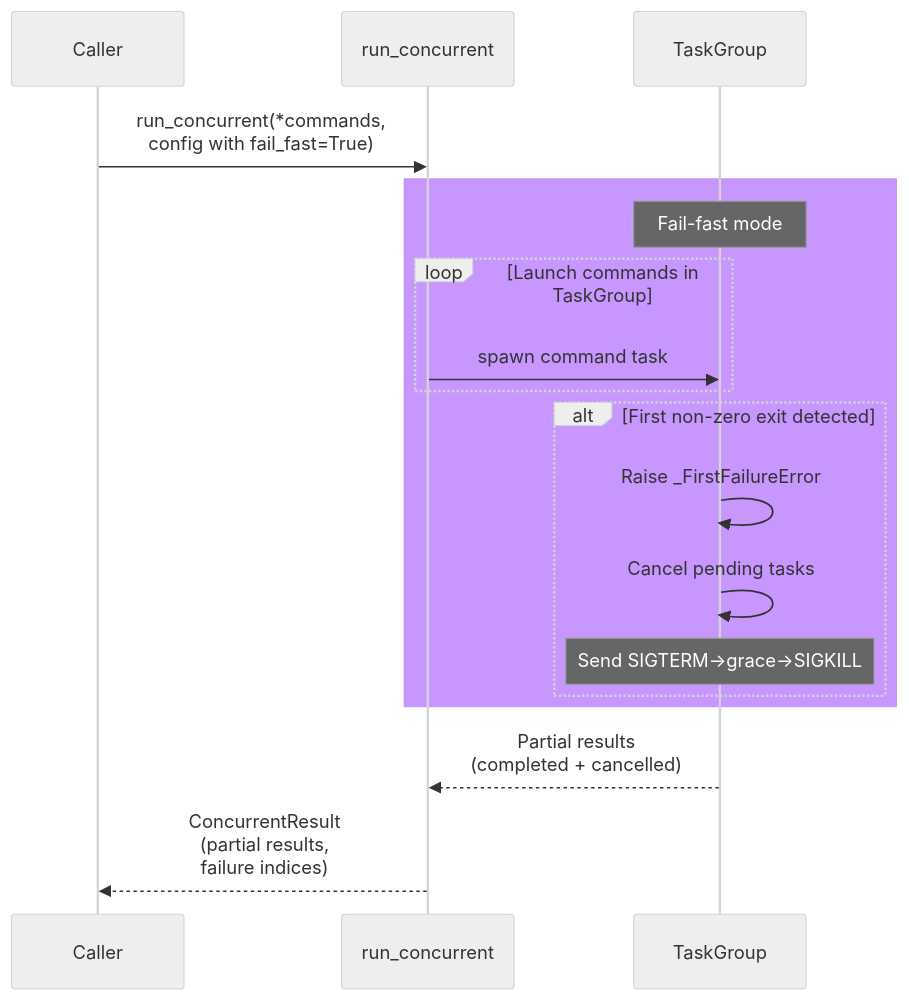
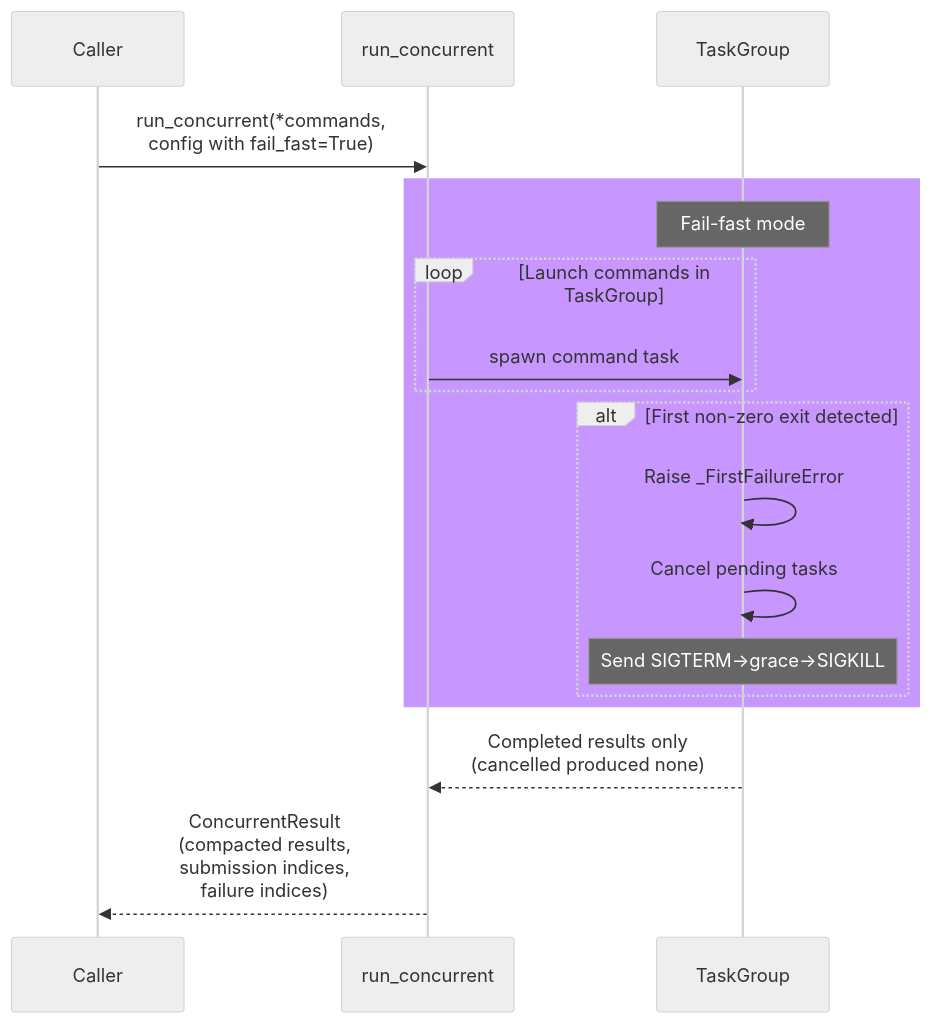
Before and after one commit to leynos/cuprum: the sixth of 11 diagrams in docs/cuprum-design.md, drawn with Mermaid (neutral theme). The commit also changed other lines of this file and 29 other files, not shown here.

````diff
--- a/docs/cuprum-design.md
+++ b/docs/cuprum-design.md
@@ -1487,24 +1540,24 @@
 ```mermaid
 sequenceDiagram
     participant Caller
     participant run_concurrent
     participant TaskGroup
 
     Caller->>run_concurrent: run_concurrent(*commands,<br/>config with fail_fast=True)
 
     rect rgb(200, 150, 255)
         Note over TaskGroup: Fail-fast mode
         loop Launch commands in TaskGroup
             run_concurrent->>TaskGroup: spawn command task
         end
 
         alt First non-zero exit detected
             TaskGroup->>TaskGroup: Raise _FirstFailureError
             TaskGroup->>TaskGroup: Cancel pending tasks
             Note over TaskGroup: Send SIGTERM→grace→SIGKILL
         end
     end
 
-    TaskGroup-->>run_concurrent: Partial results<br/>(completed + cancelled)
-    run_concurrent-->>Caller: ConcurrentResult<br/>(partial results,<br/>failure indices)
+    TaskGroup-->>run_concurrent: Completed results only<br/>(cancelled produced none)
+    run_concurrent-->>Caller: ConcurrentResult<br/>(compacted results,<br/>submission indices,<br/>failure indices)
 ```
````
